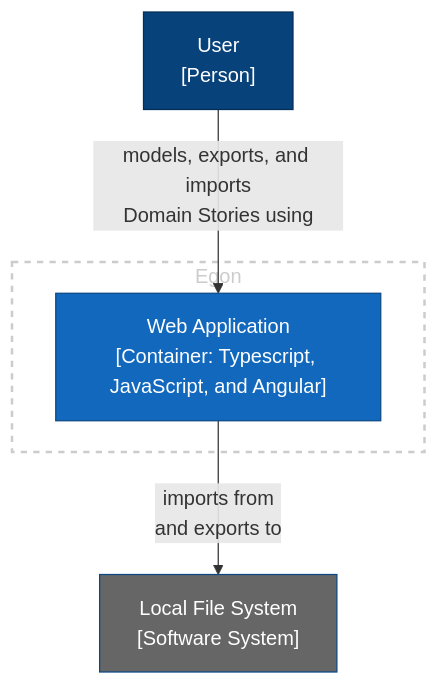
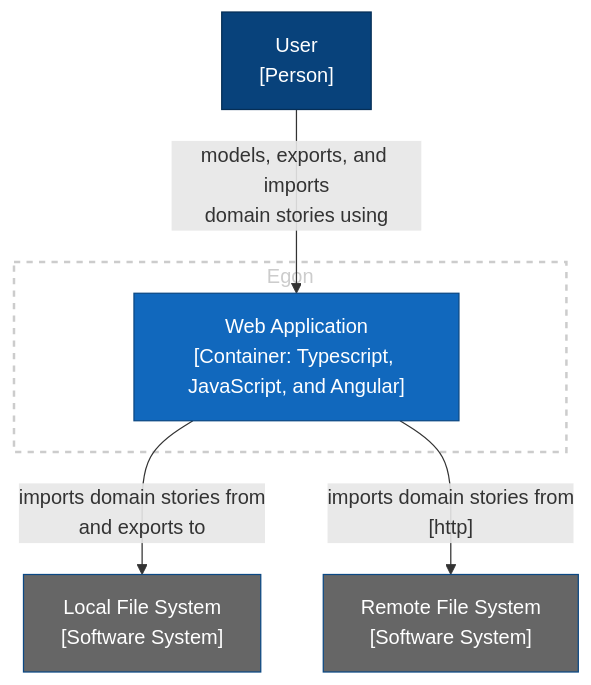
Before and after one commit to WPS/egon.io: the second of 5 diagrams in architecture.md, drawn with Mermaid. The commit also changed other lines of this file, not shown here.

Commit message:
updated because of new feature 'import from URL'

````diff
--- a/architecture.md
+++ b/architecture.md
@@ -112,31 +116,35 @@
 ```mermaid
 
 flowchart TD
 
 User["User
 [Person]"]
 
 WA["Web Application
 [Container: Typescript, JavaScript, and Angular]"]
 
 Local["Local File System
 [Software System]"]
 
-User-- "models, exports, and imports\nDomain Stories using" -->WA
-WA-- "imports from\nand exports to" -->Local
+Remote["Remote File System
+[Software System]"]
+
+User-- "models, exports, and imports\ndomain stories using" -->WA
+WA-- "imports domain stories from\nand exports to" -->Local
+WA-- "imports domain stories from\n[http]" -->Remote
 
 classDef container fill:#1168bd,stroke:#0b4884,color:#ffffff
 classDef person fill:#08427b,stroke:#052e56,color:#ffffff
 classDef supportingSystem fill:#666,stroke:#0b4884,color:#ffffff
 
 class User person
 class WA container
-class Local supportingSystem
+class Local,Remote supportingSystem
 
 subgraph Egon[Egon]
  WA
 end
 
 style Egon fill:none,stroke:#CCC,stroke-width:2px,color:#CCC,stroke-dasharray: 5 5
 
 ```
````
